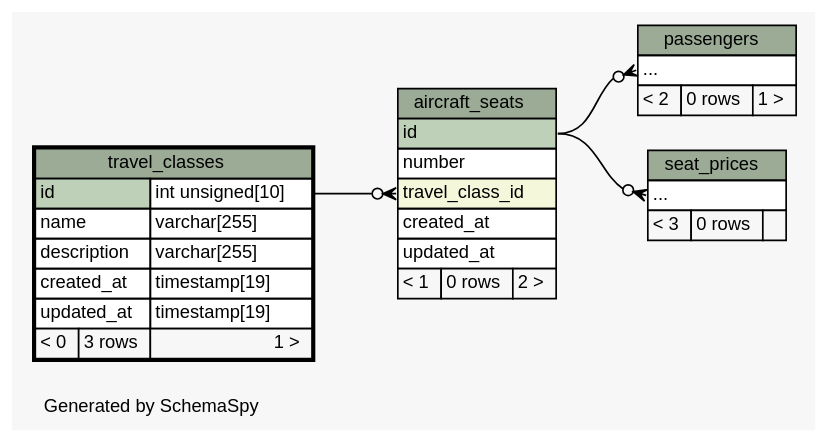
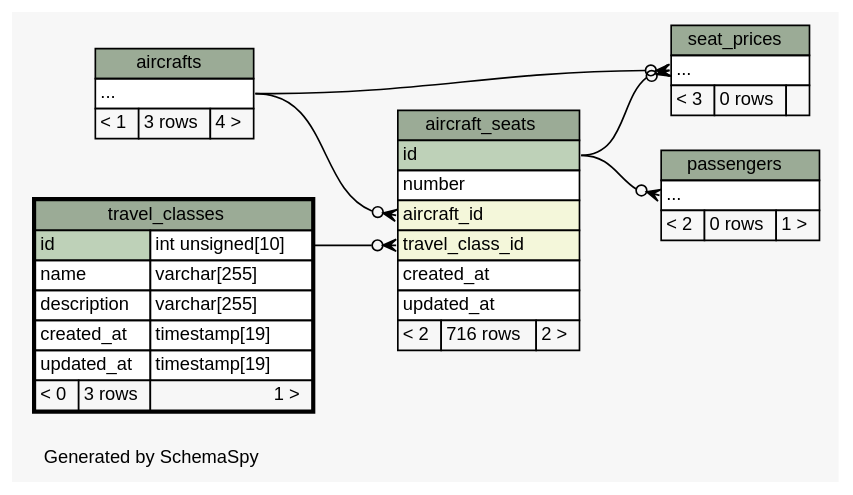
The diagram in web/app/database/schema/diagrams/travel_classes.2degrees.dot (joaonzangoII/flightbookingsystem), drawn with Graphviz before and after one commit. The commit also changed 149 other files, not shown here.

```diff
--- a/web/app/database/schema/diagrams/travel_classes.2degrees.dot
+++ b/web/app/database/schema/diagrams/travel_classes.2degrees.dot
@@ -1,73 +1,86 @@
 // dot 2.38.0 on Linux 4.8.0-46-generic
 // SchemaSpy rev 590
 digraph "twoDegreesRelationshipsDiagram" {
   graph [
     rankdir="RL"
     bgcolor="#f7f7f7"
     label="\nGenerated by SchemaSpy"
     labeljust="l"
     nodesep="0.18"
     ranksep="0.46"
     fontname="Helvetica"
     fontsize="11"
   ];
   node [
     fontname="Helvetica"
     fontsize="11"
     shape="plaintext"
   ];
   edge [
     arrowsize="0.8"
   ];
+  "aircraft_seats":"aircraft_id":w -> "aircrafts":"elipses":e [arrowhead=none dir=back arrowtail=crowodot];
   "aircraft_seats":"travel_class_id":w -> "travel_classes":"id.type":e [arrowhead=none dir=back arrowtail=crowodot];
   "passengers":"elipses":w -> "aircraft_seats":"id":e [arrowhead=none dir=back arrowtail=crowodot];
+  "seat_prices":"elipses":w -> "aircrafts":"elipses":e [arrowhead=none dir=back arrowtail=crowodot];
   "seat_prices":"elipses":w -> "aircraft_seats":"id":e [arrowhead=none dir=back arrowtail=crowodot];
   "aircraft_seats" [
     label=<
     <TABLE BORDER="0" CELLBORDER="1" CELLSPACING="0" BGCOLOR="#ffffff">
       <TR><TD COLSPAN="3" BGCOLOR="#9bab96" ALIGN="CENTER">aircraft_seats</TD></TR>
       <TR><TD PORT="id" COLSPAN="3" BGCOLOR="#bed1b8" ALIGN="LEFT">id</TD></TR>
       <TR><TD PORT="number" COLSPAN="3" ALIGN="LEFT">number</TD></TR>
+      <TR><TD PORT="aircraft_id" COLSPAN="3" BGCOLOR="#f4f7da" ALIGN="LEFT">aircraft_id</TD></TR>
       <TR><TD PORT="travel_class_id" COLSPAN="3" BGCOLOR="#f4f7da" ALIGN="LEFT">travel_class_id</TD></TR>
       <TR><TD PORT="created_at" COLSPAN="3" ALIGN="LEFT">created_at</TD></TR>
       <TR><TD PORT="updated_at" COLSPAN="3" ALIGN="LEFT">updated_at</TD></TR>
-      <TR><TD ALIGN="LEFT" BGCOLOR="#f7f7f7">&lt; 1</TD><TD ALIGN="RIGHT" BGCOLOR="#f7f7f7">0 rows</TD><TD ALIGN="RIGHT" BGCOLOR="#f7f7f7">2 &gt;</TD></TR>
+      <TR><TD ALIGN="LEFT" BGCOLOR="#f7f7f7">&lt; 2</TD><TD ALIGN="RIGHT" BGCOLOR="#f7f7f7">716 rows</TD><TD ALIGN="RIGHT" BGCOLOR="#f7f7f7">2 &gt;</TD></TR>
     </TABLE>>
     URL="aircraft_seats.html"
     tooltip="aircraft_seats"
+  ];
+  "aircrafts" [
+    label=<
+    <TABLE BORDER="0" CELLBORDER="1" CELLSPACING="0" BGCOLOR="#ffffff">
+      <TR><TD COLSPAN="3" BGCOLOR="#9bab96" ALIGN="CENTER">aircrafts</TD></TR>
+      <TR><TD PORT="elipses" COLSPAN="3" ALIGN="LEFT">...</TD></TR>
+      <TR><TD ALIGN="LEFT" BGCOLOR="#f7f7f7">&lt; 1</TD><TD ALIGN="RIGHT" BGCOLOR="#f7f7f7">3 rows</TD><TD ALIGN="RIGHT" BGCOLOR="#f7f7f7">4 &gt;</TD></TR>
+    </TABLE>>
+    URL="aircrafts.html"
+    tooltip="aircrafts"
   ];
   "passengers" [
     label=<
     <TABLE BORDER="0" CELLBORDER="1" CELLSPACING="0" BGCOLOR="#ffffff">
       <TR><TD COLSPAN="3" BGCOLOR="#9bab96" ALIGN="CENTER">passengers</TD></TR>
       <TR><TD PORT="elipses" COLSPAN="3" ALIGN="LEFT">...</TD></TR>
       <TR><TD ALIGN="LEFT" BGCOLOR="#f7f7f7">&lt; 2</TD><TD ALIGN="RIGHT" BGCOLOR="#f7f7f7">0 rows</TD><TD ALIGN="RIGHT" BGCOLOR="#f7f7f7">1 &gt;</TD></TR>
     </TABLE>>
     URL="passengers.html"
     tooltip="passengers"
   ];
   "seat_prices" [
     label=<
     <TABLE BORDER="0" CELLBORDER="1" CELLSPACING="0" BGCOLOR="#ffffff">
       <TR><TD COLSPAN="3" BGCOLOR="#9bab96" ALIGN="CENTER">seat_prices</TD></TR>
       <TR><TD PORT="elipses" COLSPAN="3" ALIGN="LEFT">...</TD></TR>
       <TR><TD ALIGN="LEFT" BGCOLOR="#f7f7f7">&lt; 3</TD><TD ALIGN="RIGHT" BGCOLOR="#f7f7f7">0 rows</TD><TD ALIGN="RIGHT" BGCOLOR="#f7f7f7">  </TD></TR>
     </TABLE>>
     URL="seat_prices.html"
     tooltip="seat_prices"
   ];
   "travel_classes" [
     label=<
     <TABLE BORDER="2" CELLBORDER="1" CELLSPACING="0" BGCOLOR="#ffffff">
       <TR><TD COLSPAN="3" BGCOLOR="#9bab96" ALIGN="CENTER">travel_classes</TD></TR>
       <TR><TD PORT="id" COLSPAN="2" BGCOLOR="#bed1b8" ALIGN="LEFT">id</TD><TD PORT="id.type" ALIGN="LEFT">int unsigned[10]</TD></TR>
       <TR><TD PORT="name" COLSPAN="2" ALIGN="LEFT">name</TD><TD PORT="name.type" ALIGN="LEFT">varchar[255]</TD></TR>
       <TR><TD PORT="description" COLSPAN="2" ALIGN="LEFT">description</TD><TD PORT="description.type" ALIGN="LEFT">varchar[255]</TD></TR>
       <TR><TD PORT="created_at" COLSPAN="2" ALIGN="LEFT">created_at</TD><TD PORT="created_at.type" ALIGN="LEFT">timestamp[19]</TD></TR>
       <TR><TD PORT="updated_at" COLSPAN="2" ALIGN="LEFT">updated_at</TD><TD PORT="updated_at.type" ALIGN="LEFT">timestamp[19]</TD></TR>
       <TR><TD ALIGN="LEFT" BGCOLOR="#f7f7f7">&lt; 0</TD><TD ALIGN="RIGHT" BGCOLOR="#f7f7f7">3 rows</TD><TD ALIGN="RIGHT" BGCOLOR="#f7f7f7">1 &gt;</TD></TR>
     </TABLE>>
     URL="travel_classes.html"
     tooltip="travel_classes"
   ];
 }
```
